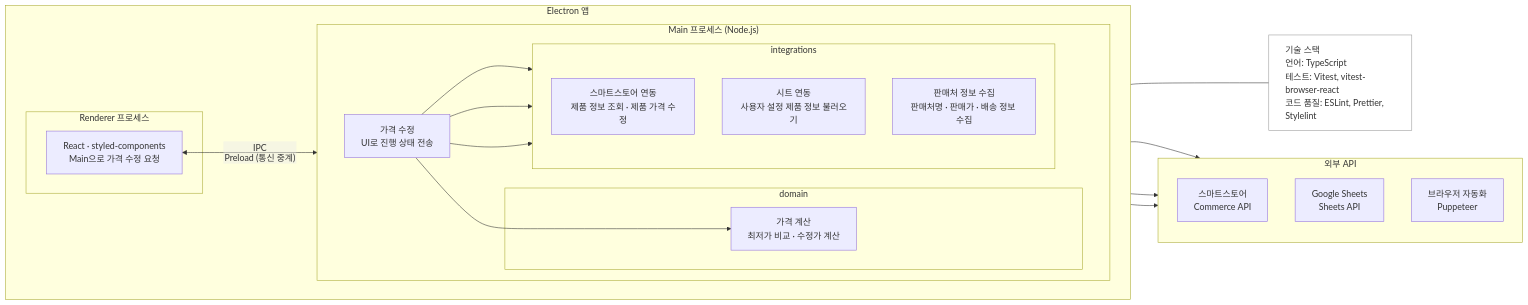
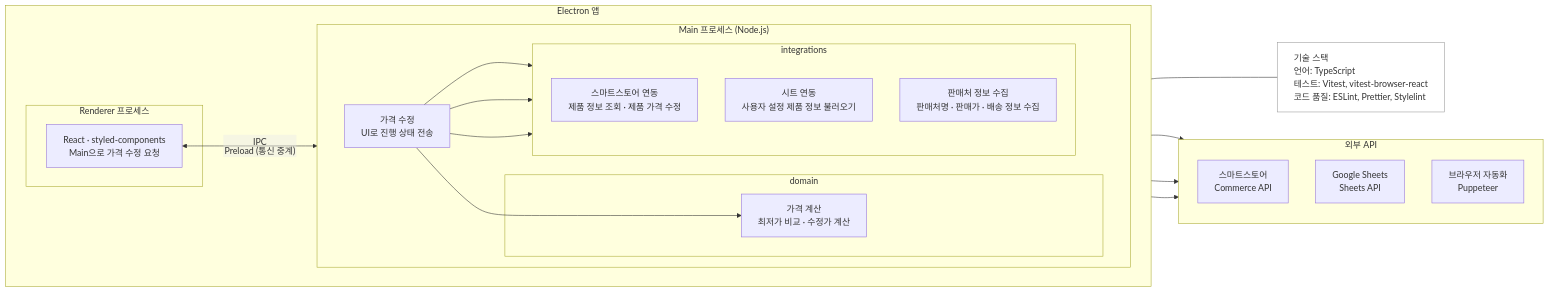
The diagram in README.md (J8rl-Chik/smartstore-price-bot), drawn with Mermaid before and after one commit.

Commit message:
docs: README 아키텍처 다이어그램 wrappingWidth 400으로 설정
- htmlLabels를 끈 SVG 라벨에서 200px 넘는 줄이 자동 줄바꿈되지 않도록 설정

````diff
--- a/README.md
+++ b/README.md
@@ -78,45 +78,45 @@
 ```mermaid
-%%{init: {"flowchart": {"htmlLabels": false}}}%%
+%%{init: {"flowchart": {"htmlLabels": false, "wrappingWidth": 400}}}%%
 flowchart LR
   subgraph Electron["Electron 앱"]
     direction LR
     subgraph Renderer["Renderer 프로세스"]
       React["React · styled-components<br/>Main으로 가격 수정 요청"]
     end
 
     subgraph Main["Main 프로세스 (Node.js)"]
       direction LR
       Core["가격 수정<br/>UI로 진행 상태 전송"]
       subgraph Domain["domain"]
         DomainLogic["가격 계산<br/>최저가 비교 · 수정가 계산"]
       end
       subgraph Adapters["integrations"]
         direction TB
         StoreAd["스마트스토어 연동<br/>제품 정보 조회 · 제품 가격 수정"]
         SheetsAd["시트 연동<br/>사용자 설정 제품 정보 불러오기"]
         CatalogAd["판매처 정보 수집<br/>판매처명 · 판매가 · 배송 정보 수집"]
       end
       Core --> DomainLogic
       Core --> StoreAd
       Core --> SheetsAd
       Core --> CatalogAd
     end
 
     React <-->|"IPC<br/>Preload (통신 중계)"| Core
   end
 
   subgraph External["외부 API"]
     direction TB
     Commerce["스마트스토어<br/>Commerce API"]
     Sheets["Google Sheets<br/>Sheets API"]
     Catalog["브라우저 자동화<br/>Puppeteer"]
   end
 
   StoreAd --> Commerce
   SheetsAd --> Sheets
   CatalogAd --> Catalog
 
   Stack["기술 스택<br/>언어: TypeScript<br/>테스트: Vitest, vitest-browser-react<br/>코드 품질: ESLint, Prettier, Stylelint"]
   Electron --- Stack
   style Stack text-align:left,fill:none,stroke:#999
 ```
````
